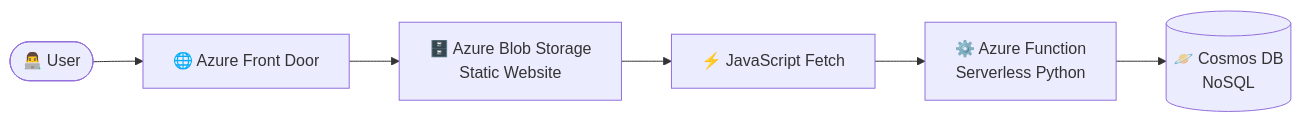
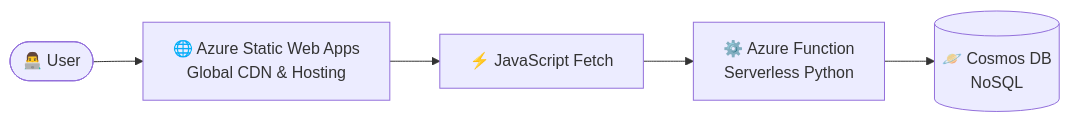
One commit to aidadann/Cloud-Resume changed the diagram in README.md. Above: the diagram before and after it, drawn with Mermaid. The commit also changed other lines of this file, not shown here.

````diff
--- a/README.md
+++ b/README.md
@@ -15,8 +15,7 @@
 ```mermaid
 graph LR
-    User([👨‍💻 User]) --> FD[🌐 Azure Front Door]
-    FD --> Blob[🗄️ Azure Blob Storage<br/>Static Website]
-    Blob --> JS[⚡ JavaScript Fetch]
+    User([👨‍💻 User]) --> SWA[🌐 Azure Static Web Apps<br/>Global CDN & Hosting]
+    SWA --> JS[⚡ JavaScript Fetch]
     JS --> Func[⚙️ Azure Function<br/>Serverless Python]
     Func --> DB[(🪐 Cosmos DB<br/>NoSQL)]
 ```
````
